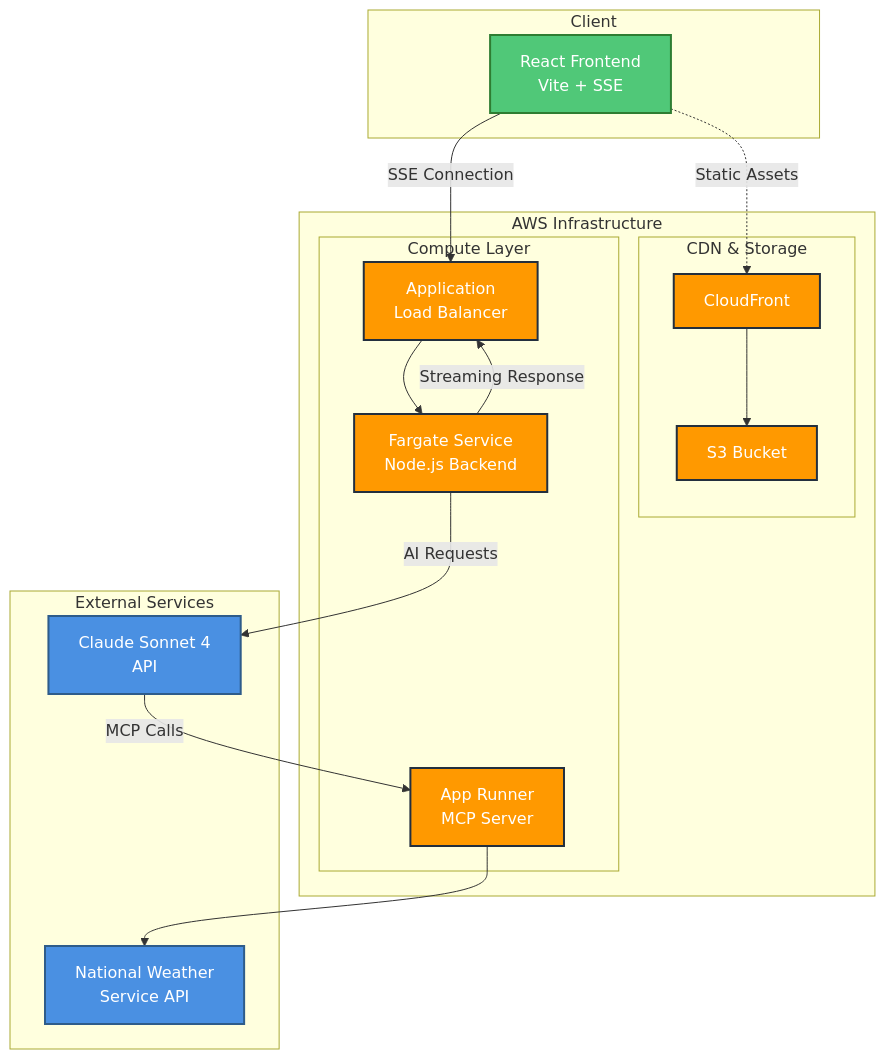
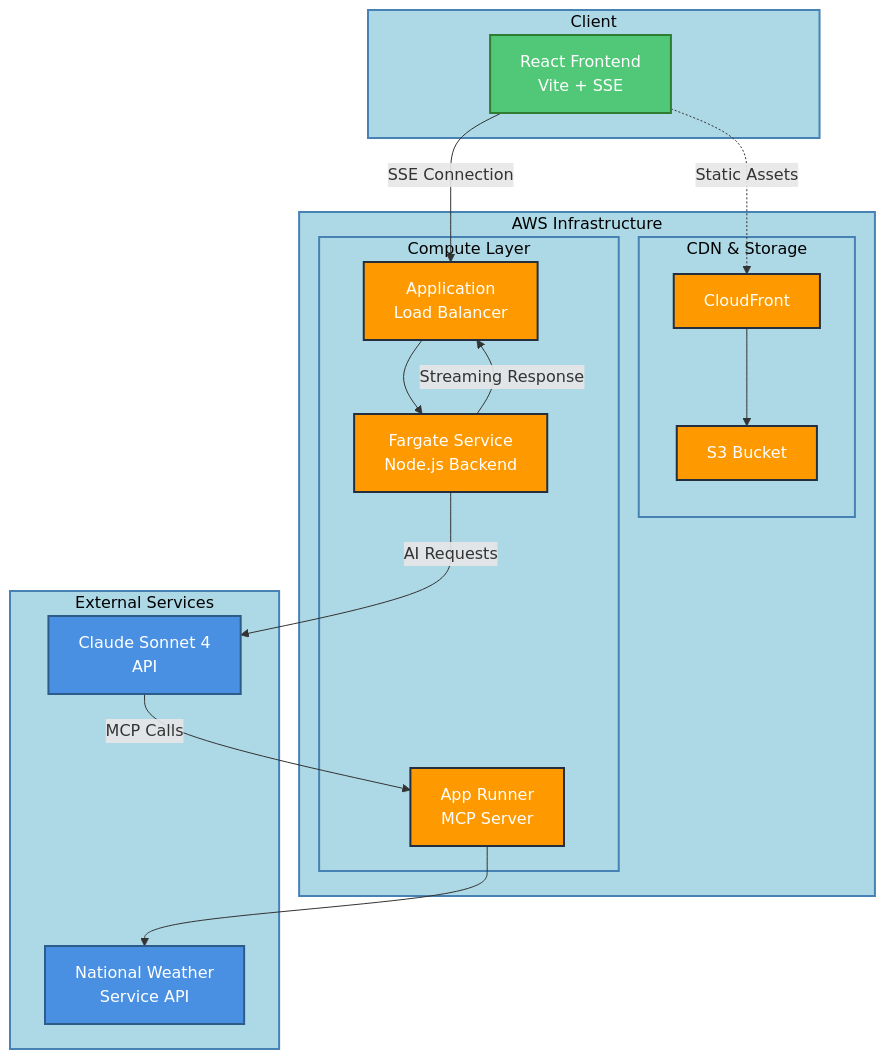
Before and after one commit to bodhiprice/chatbot-mcp-demo: the diagram in README.md, drawn with Mermaid. The commit also changed 11 other files, not shown here.

````diff
--- a/README.md
+++ b/README.md
@@ -97,42 +97,43 @@
 ```mermaid
-graph TB
-    subgraph "Client"
+flowchart TB
+    subgraph Client [Client]
         UI[React Frontend<br/>Vite + SSE]
     end
     
-    subgraph "AWS Infrastructure"
-        subgraph "CDN & Storage"
+    subgraph AWS [AWS Infrastructure]
+        subgraph CDN [CDN & Storage]
             CF[CloudFront]
             S3[S3 Bucket]
         end
         
-        subgraph "Compute Layer"
+        subgraph Compute [Compute Layer]
             ALB[Application<br/>Load Balancer]
             FARGATE[Fargate Service<br/>Node.js Backend]
             APPRUNNER[App Runner<br/>MCP Server]
         end
     end
     
-    subgraph "External Services"
+    subgraph External [External Services]
         CLAUDE[Claude Sonnet 4<br/>API]
         WEATHER[National Weather<br/>Service API]
     end
     
     UI -.->|Static Assets| CF
     CF --> S3
     UI -->|SSE Connection| ALB
     ALB --> FARGATE
     FARGATE -->|Streaming Response| ALB
     FARGATE -->|AI Requests| CLAUDE
     CLAUDE -->|MCP Calls| APPRUNNER
     APPRUNNER --> WEATHER
     
     classDef aws fill:#FF9900,stroke:#232F3E,stroke-width:2px,color:#fff
     classDef external fill:#4A90E2,stroke:#2E5C8A,stroke-width:2px,color:#fff
     classDef client fill:#50C878,stroke:#2E7D32,stroke-width:2px,color:#fff
-    classDef default fill:#ADD8E6,stroke:#4682B4,stroke-width:2px,color:#000
+    classDef container fill:#ADD8E6,stroke:#4682B4,stroke-width:2px,color:#000
     
     class CF,S3,ALB,FARGATE,APPRUNNER aws
     class CLAUDE,WEATHER external
     class UI client
+    class Client,AWS,CDN,Compute,External container
 ```
````
